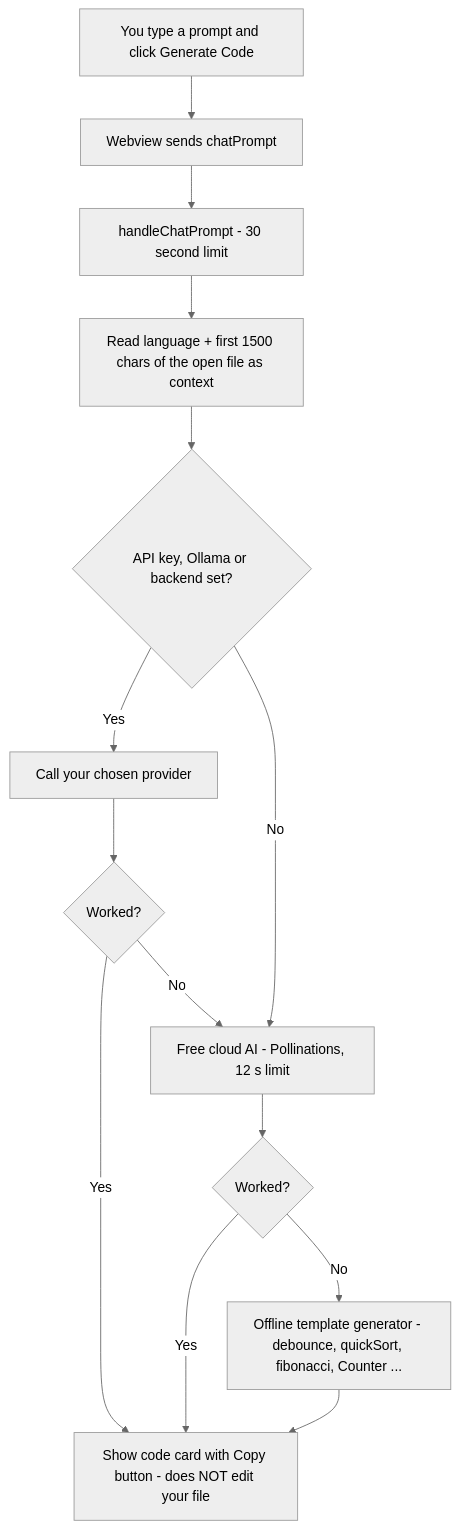
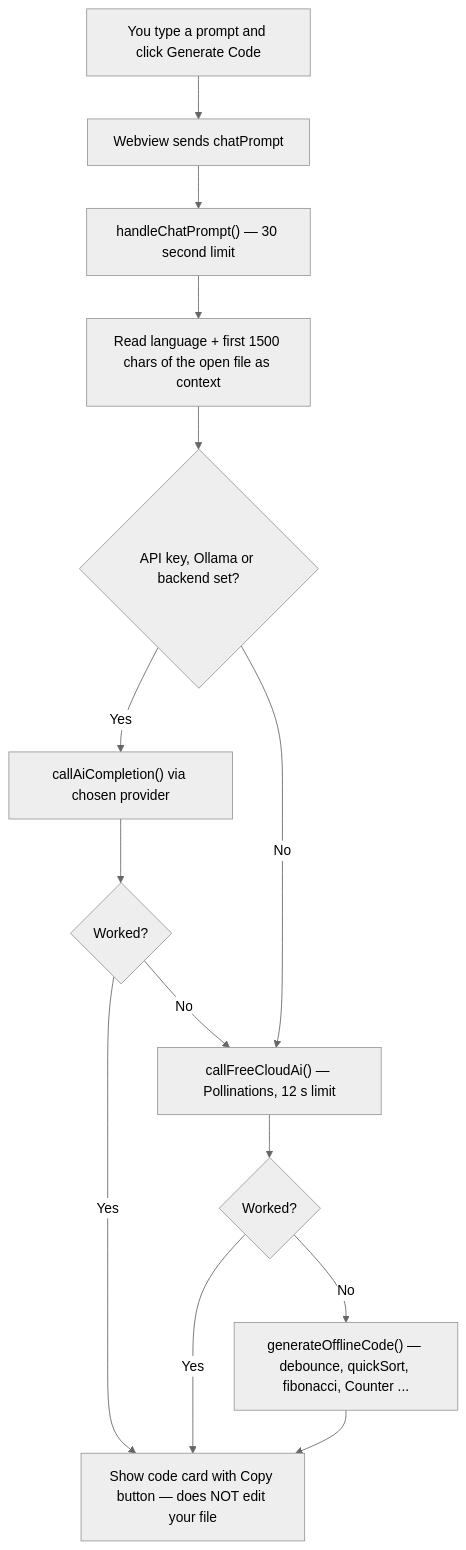
One commit to maimanishhoon/aicodingpet changed the ninth of 14 diagrams in README.md. Above: the diagram before and after it, drawn with Mermaid (neutral theme). The commit also changed other lines of this file, not shown here.

````diff
--- a/README.md
+++ b/README.md
@@ -373,16 +512,16 @@
 ```mermaid
 flowchart TD
     A["You type a prompt and click Generate Code"] --> B["Webview sends chatPrompt"]
-    B --> C["handleChatPrompt - 30 second limit"]
+    B --> C["handleChatPrompt() — 30 second limit"]
     C --> D["Read language + first 1500 chars of the open file as context"]
     D --> E{"API key, Ollama or backend set?"}
-    E -- "Yes" --> F["Call your chosen provider"]
+    E -- "Yes" --> F["callAiCompletion() via chosen provider"]
     F --> G{"Worked?"}
     G -- "Yes" --> RESULT
     G -- "No" --> H
-    E -- "No" --> H["Free cloud AI - Pollinations, 12 s limit"]
+    E -- "No" --> H["callFreeCloudAi() — Pollinations, 12 s limit"]
     H --> I{"Worked?"}
     I -- "Yes" --> RESULT
-    I -- "No" --> J["Offline template generator - debounce, quickSort, fibonacci, Counter ..."]
-    J --> RESULT["Show code card with Copy button - does NOT edit your file"]
+    I -- "No" --> J["generateOfflineCode() — debounce, quickSort, fibonacci, Counter ..."]
+    J --> RESULT["Show code card with Copy button — does NOT edit your file"]
 ```
````
